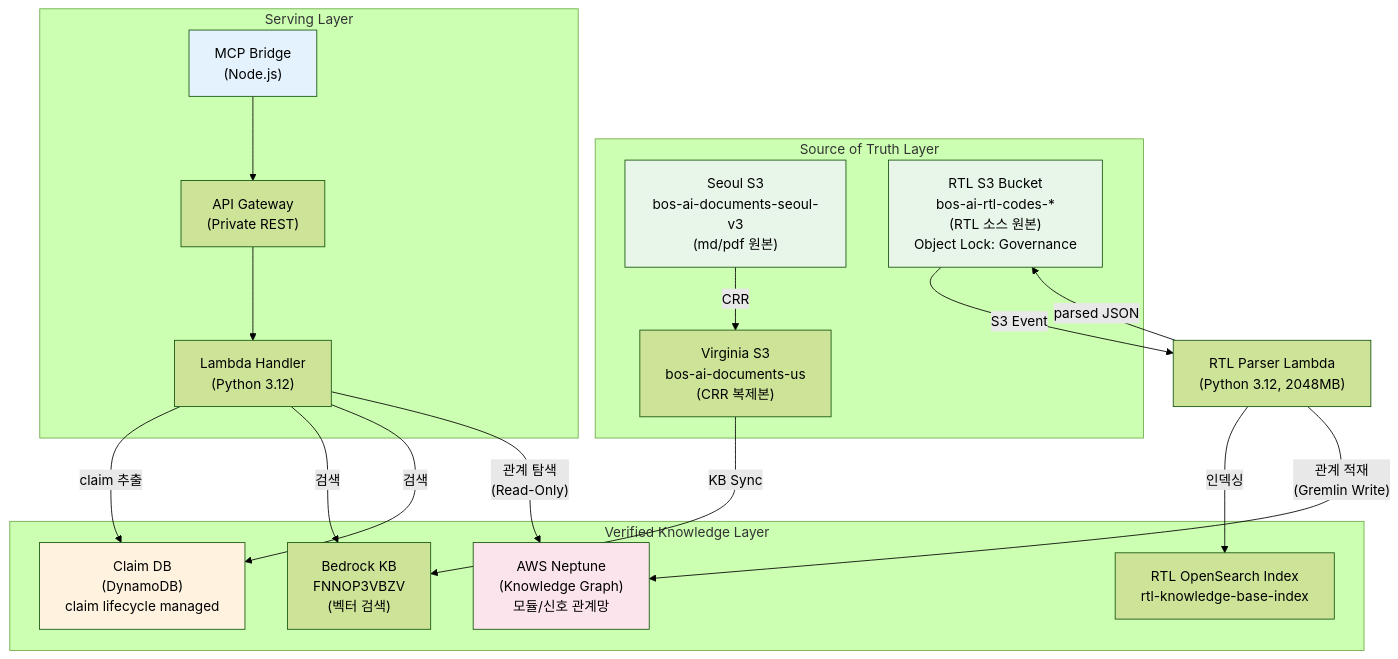
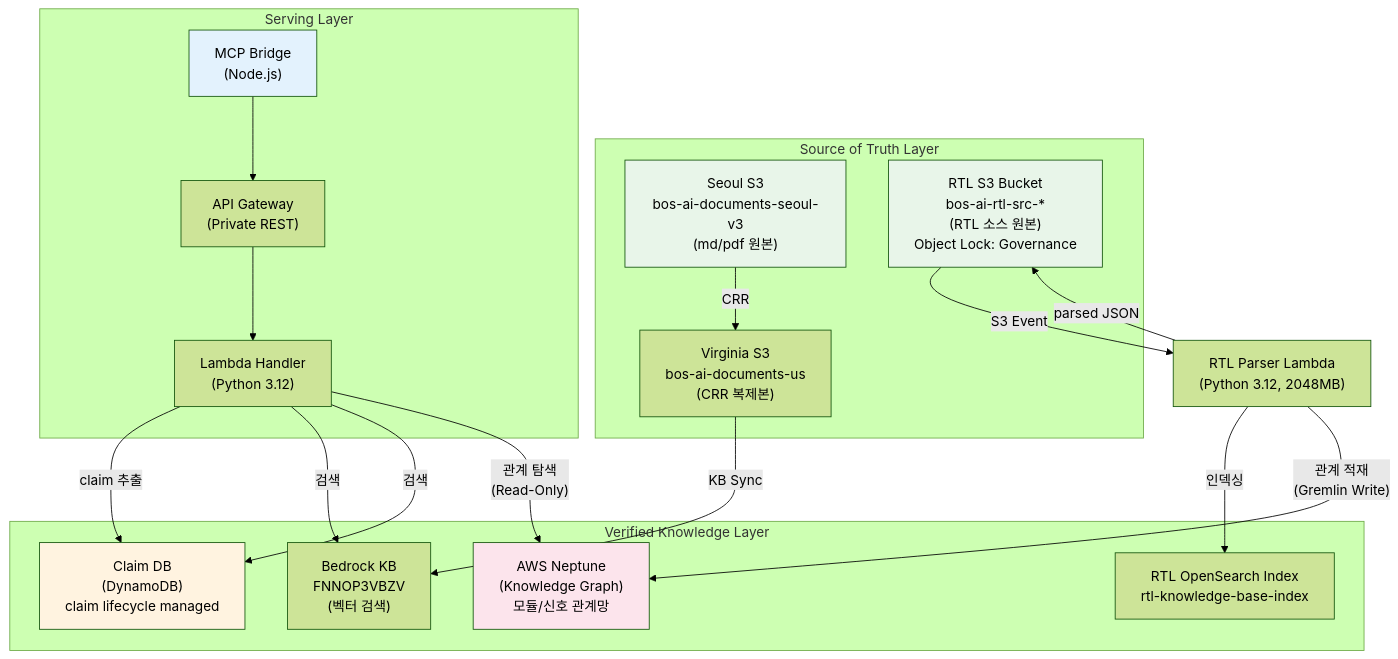
Before and after one commit to yota0227/aws_private_rag-public-: the first of 5 diagrams in .kiro/specs/8_enhanced-rag-optimization/design.md, drawn with Mermaid (forest theme). The commit also changed other lines of this file and 3 other files, not shown here.

````diff
--- a/.kiro/specs/8_enhanced-rag-optimization/design.md
+++ b/.kiro/specs/8_enhanced-rag-optimization/design.md
@@ -69,40 +79,40 @@
 ```mermaid
 graph TB
     subgraph "Source of Truth Layer"
         Seoul_S3["Seoul S3<br/>bos-ai-documents-seoul-v3<br/>(md/pdf 원본)"]
-        RTL_S3["RTL S3 Bucket<br/>bos-ai-rtl-codes-*<br/>(RTL 소스 원본)<br/>Object Lock: Governance"]
+        RTL_S3["RTL S3 Bucket<br/>bos-ai-rtl-src-*<br/>(RTL 소스 원본)<br/>Object Lock: Governance"]
         Virginia_S3["Virginia S3<br/>bos-ai-documents-us<br/>(CRR 복제본)"]
     end
 
     subgraph "Verified Knowledge Layer"
         Claim_DB["Claim DB<br/>(DynamoDB)<br/>claim lifecycle managed"]
         RTL_OS["RTL OpenSearch Index<br/>rtl-knowledge-base-index"]
         Bedrock_KB["Bedrock KB<br/>FNNOP3VBZV<br/>(벡터 검색)"]
         Neptune_DB["AWS Neptune<br/>(Knowledge Graph)<br/>모듈/신호 관계망"]
     end
 
     subgraph "Serving Layer"
         MCP["MCP Bridge<br/>(Node.js)"]
         APIGW["API Gateway<br/>(Private REST)"]
         Lambda["Lambda Handler<br/>(Python 3.12)"]
     end
 
     Seoul_S3 -->|CRR| Virginia_S3
     Virginia_S3 -->|KB Sync| Bedrock_KB
     RTL_S3 -->|S3 Event| RTL_Parser
     RTL_Parser["RTL Parser Lambda<br/>(Python 3.12, 2048MB)"] -->|인덱싱| RTL_OS
     RTL_Parser -->|parsed JSON| RTL_S3
     RTL_Parser -->|"관계 적재<br/>(Gremlin Write)"| Neptune_DB
 
     Lambda -->|claim 추출| Claim_DB
     Lambda -->|검색| Bedrock_KB
     Lambda -->|검색| Claim_DB
     Lambda -->|"관계 탐색<br/>(Read-Only)"| Neptune_DB
     MCP --> APIGW --> Lambda
 
     style Seoul_S3 fill:#e8f5e9
     style RTL_S3 fill:#e8f5e9
     style Claim_DB fill:#fff3e0
     style Neptune_DB fill:#fce4ec
     style MCP fill:#e3f2fd
 ```
````
